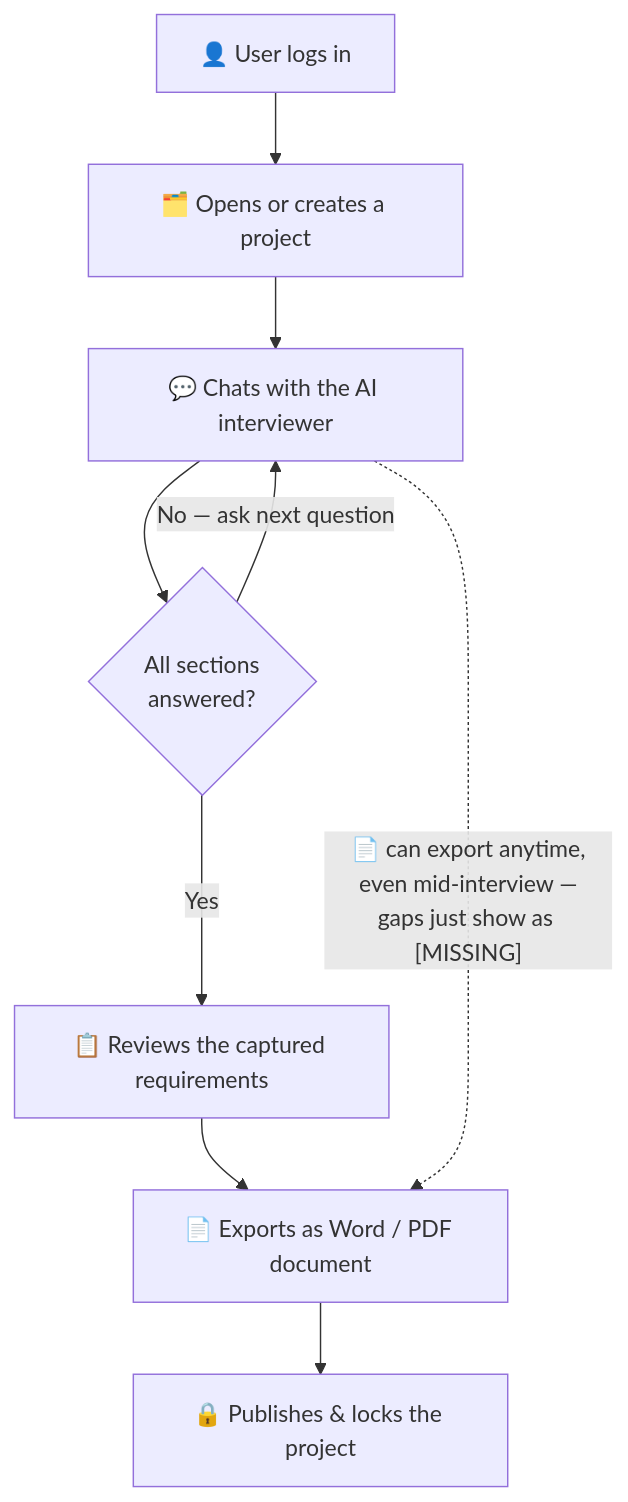
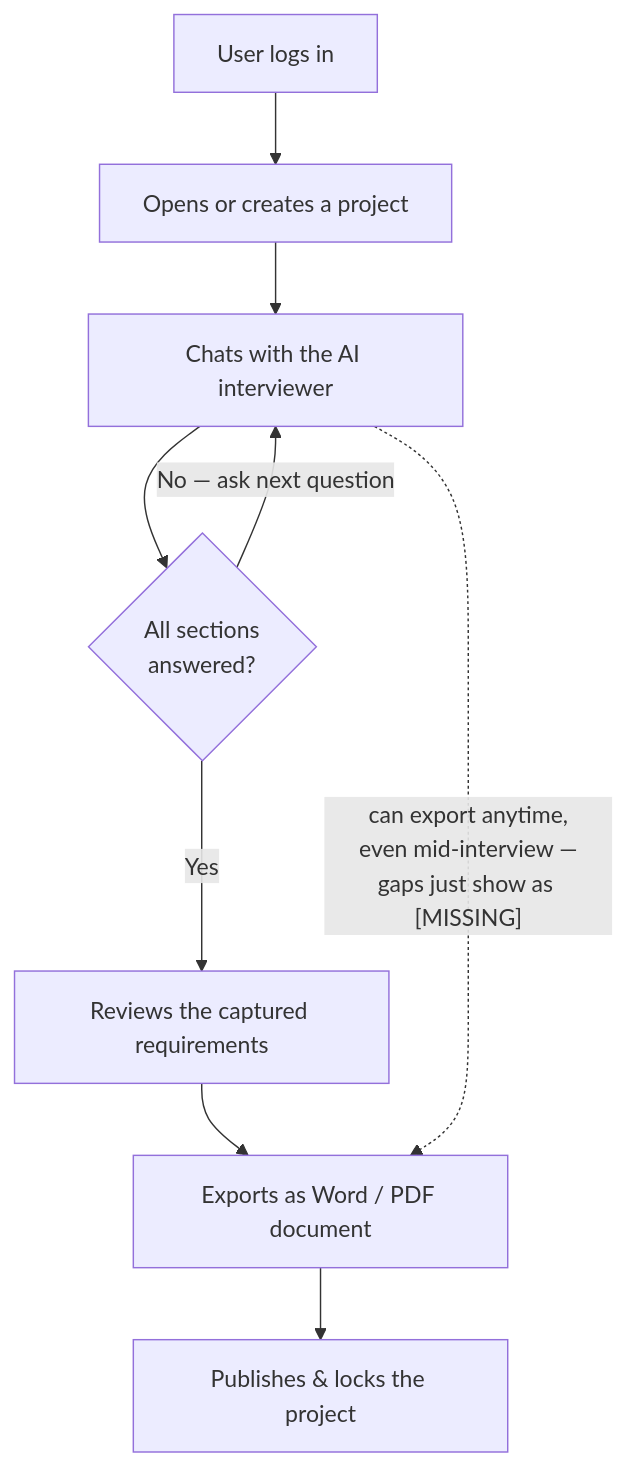
Before and after one commit to DishaGaglani/BA-Bot: the diagram in README.md, drawn with Mermaid. The commit also changed other lines of this file, not shown here.

````diff
--- a/README.md
+++ b/README.md
@@ -63,11 +63,11 @@
 ```mermaid
 flowchart TD
-    A["👤 User logs in"] --> B["🗂️ Opens or creates a project"]
-    B --> C["💬 Chats with the AI interviewer"]
+    A["User logs in"] --> B["Opens or creates a project"]
+    B --> C["Chats with the AI interviewer"]
     C --> D{"All sections\nanswered?"}
     D -- "No — ask next question" --> C
-    D -- "Yes" --> E["📋 Reviews the captured requirements"]
-    E --> F["📄 Exports as Word / PDF document"]
-    F --> G["🔒 Publishes & locks the project"]
-    C -. "📄 can export anytime,\neven mid-interview —\ngaps just show as [MISSING]" .-> F
+    D -- "Yes" --> E["Reviews the captured requirements"]
+    E --> F["Exports as Word / PDF document"]
+    F --> G["Publishes & locks the project"]
+    C -. "can export anytime,\neven mid-interview —\ngaps just show as [MISSING]" .-> F
 ```
````
